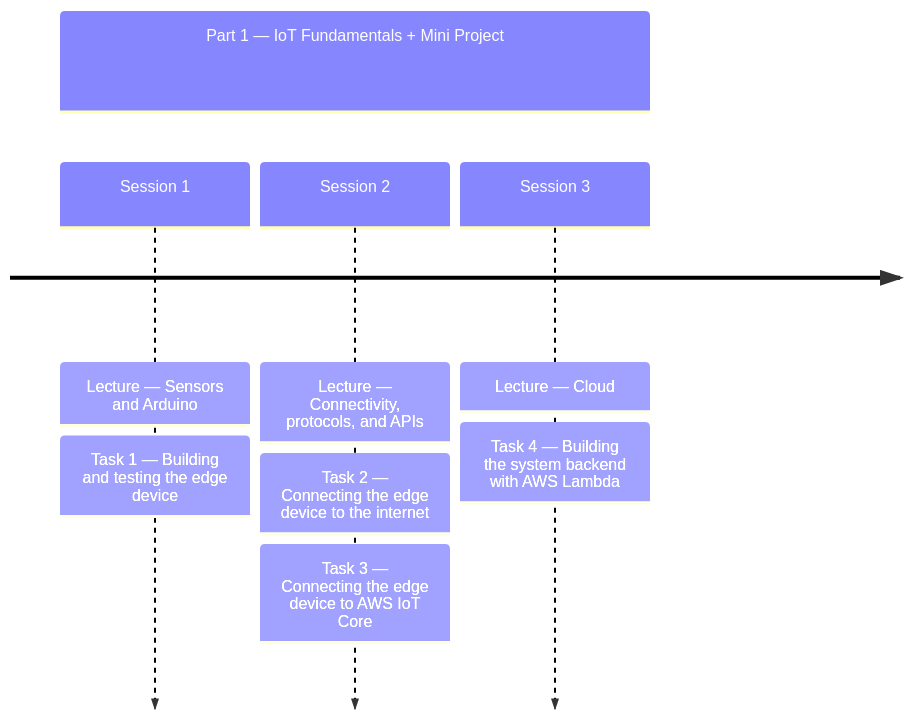
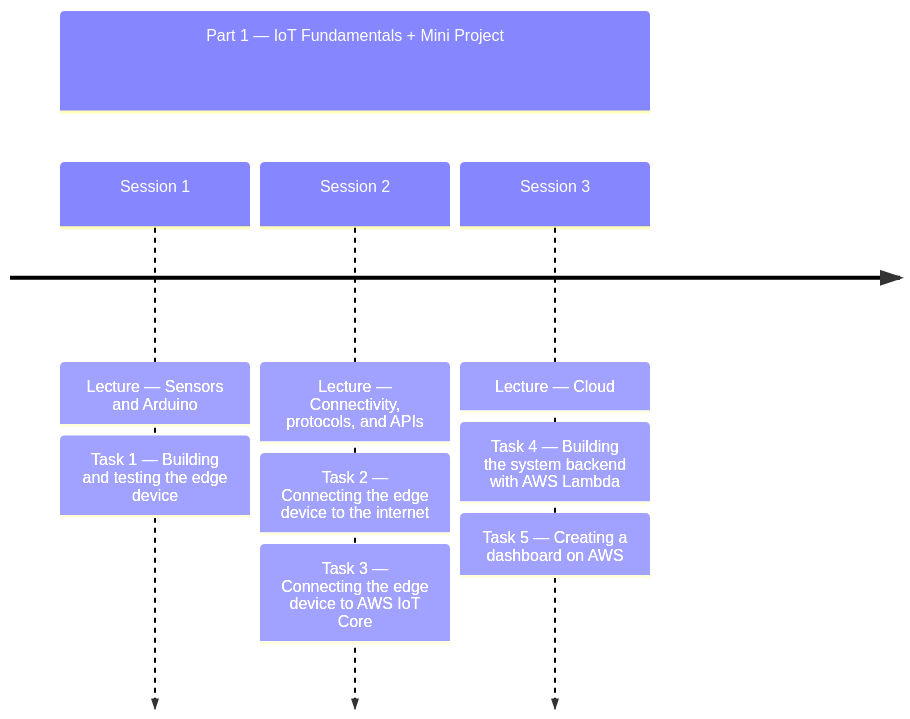
One commit to David-GERARD/iot-button-system changed the first of 2 diagrams in docs/home/index.md. Above: the diagram before and after it, drawn with Mermaid. The commit also changed 3 other files, not shown here.

First line of the commit message:
docs: add mini project Task 5 — dashboard on AWS

````diff
--- a/docs/home/index.md
+++ b/docs/home/index.md
@@ -13,7 +13,7 @@
 ```mermaid
 timeline
     section Part 1 — IoT Fundamentals + Mini Project
         Session 1 : Lecture — Sensors and Arduino : Task 1 — Building and testing the edge device
         Session 2 : Lecture — Connectivity, protocols, and APIs : Task 2 — Connecting the edge device to the internet : Task 3 — Connecting the edge device to AWS IoT Core
-        Session 3 : Lecture — Cloud : Task 4 — Building the system backend with AWS Lambda
+        Session 3 : Lecture — Cloud : Task 4 — Building the system backend with AWS Lambda : Task 5 — Creating a dashboard on AWS
 ```
````
